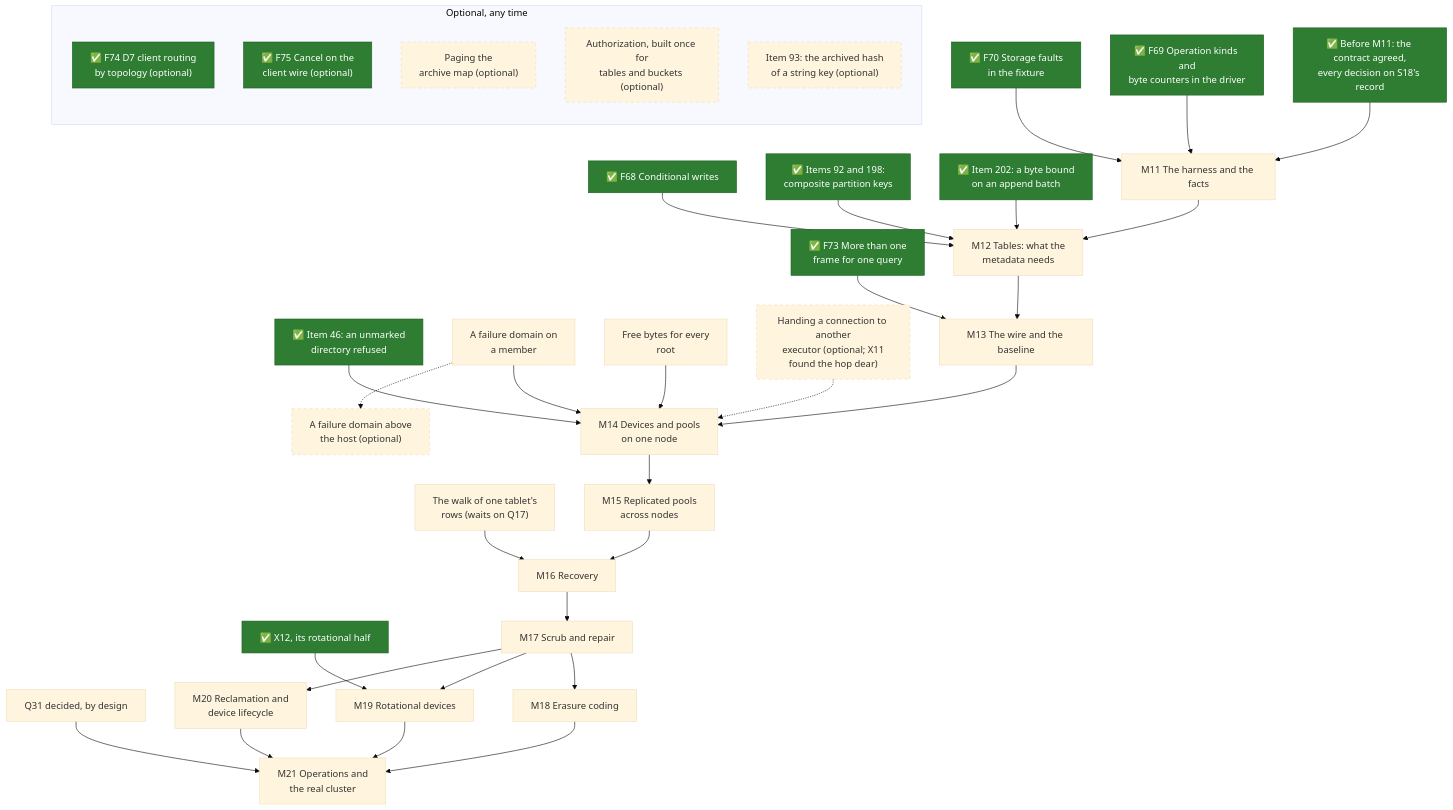
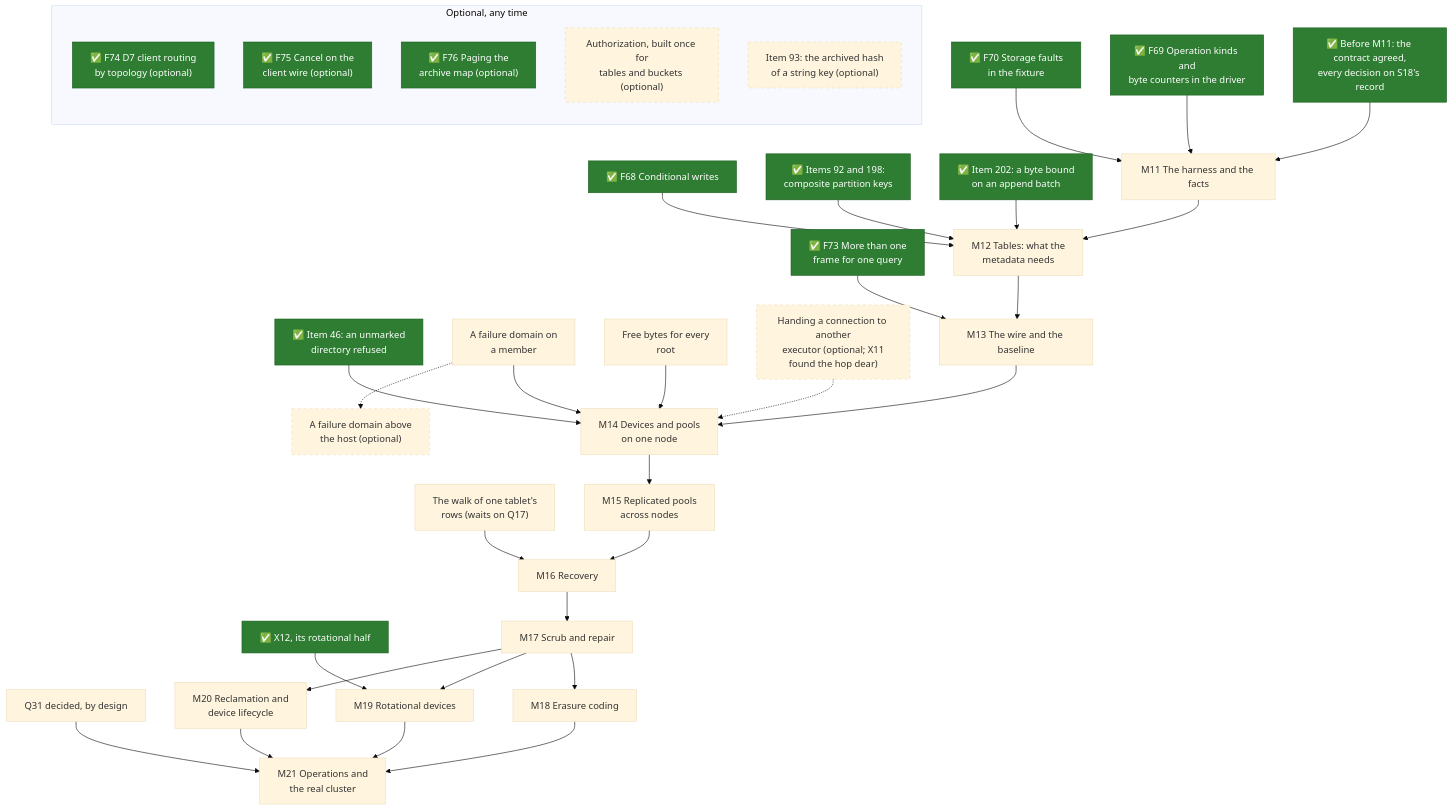
One commit to mjcarson/shoal changed the second of 2 diagrams in docs/src/object-storage/whats-left-todo.md. Above: the diagram before and after it, drawn with Mermaid (base theme). The commit also changed other lines of this file and 48 other files, not shown here.

````diff
--- a/docs/src/object-storage/whats-left-todo.md
+++ b/docs/src/object-storage/whats-left-todo.md
@@ -124,57 +125,57 @@
 ```mermaid
 flowchart TB
     classDef done fill:#2e7d32,stroke:#1b5e20,color:#ffffff
     classDef optional stroke-dasharray: 5 5
     Gate["✅ Before M11: the contract agreed,<br>every decision on S18's record"]:::done
     F69["✅ F69 Operation kinds and<br>byte counters in the driver"]:::done
     F70["✅ F70 Storage faults<br>in the fixture"]:::done
     F68["✅ F68 Conditional writes"]:::done
     I198["✅ Items 92 and 198:<br>composite partition keys"]:::done
     I202["✅ Item 202: a byte bound<br>on an append batch"]:::done
     I46["✅ Item 46: an unmarked<br>directory refused"]:::done
     Frames["✅ F73 More than one<br>frame for one query"]:::done
     Domain["A failure domain on<br>a member"]
     Free["Free bytes for every<br>root"]
     Walk["The walk of one tablet's<br>rows (waits on Q17)"]
     Handoff["Handing a connection to another<br>executor (optional; X11<br>found the hop dear)"]:::optional
     Rack["A failure domain above<br>the host (optional)"]:::optional
     X12r["✅ X12, its rotational half"]:::done
     Q31["Q31 decided, by design"]
     M11["M11 The harness and the facts"]
     M12["M12 Tables: what the<br>metadata needs"]
     M13["M13 The wire and the baseline"]
     M14["M14 Devices and pools<br>on one node"]
     M15["M15 Replicated pools<br>across nodes"]
     M16["M16 Recovery"]
     M17["M17 Scrub and repair"]
     M18["M18 Erasure coding"]
     M19["M19 Rotational devices"]
     M20["M20 Reclamation and<br>device lifecycle"]
     M21["M21 Operations and<br>the real cluster"]
     Gate --> M11 --> M12 --> M13 --> M14 --> M15 --> M16 --> M17
     M17 --> M18 --> M21
     M17 --> M19 --> M21
     M17 --> M20 --> M21
     F69 --> M11
     F70 --> M11
     F68 --> M12
     I198 --> M12
     I202 --> M12
     Frames --> M13
     I46 --> M14
     Domain --> M14
     Free --> M14
     Handoff -.-> M14
     Domain -.-> Rack
     Walk --> M16
     X12r --> M19
     Q31 --> M21
     subgraph anytime["Optional, any time"]
         direction TB
         D7["✅ F74 D7 client routing<br>by topology (optional)"]:::done
         Cancel["✅ F75 Cancel on the<br>client wire (optional)"]:::done
-        Paging["Paging the<br>archive map (optional)"]:::optional
+        Paging["✅ F76 Paging the<br>archive map (optional)"]:::done
         Authz["Authorization, built once for<br>tables and buckets (optional)"]:::optional
         I93["Item 93: the archived hash<br>of a string key (optional)"]:::optional
     end
 ```
````
